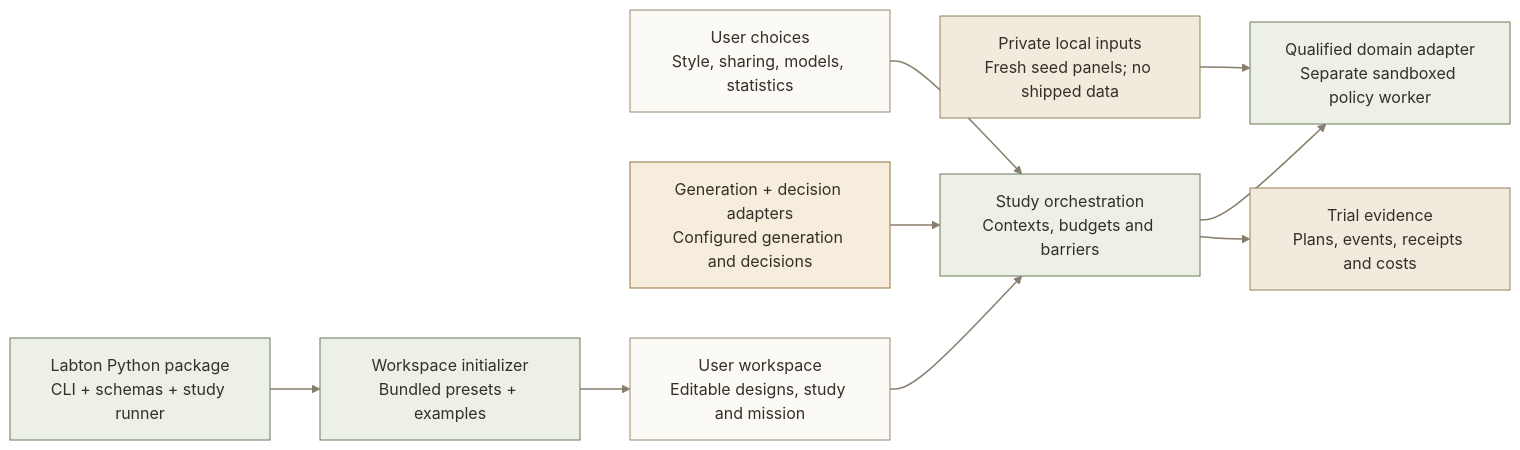
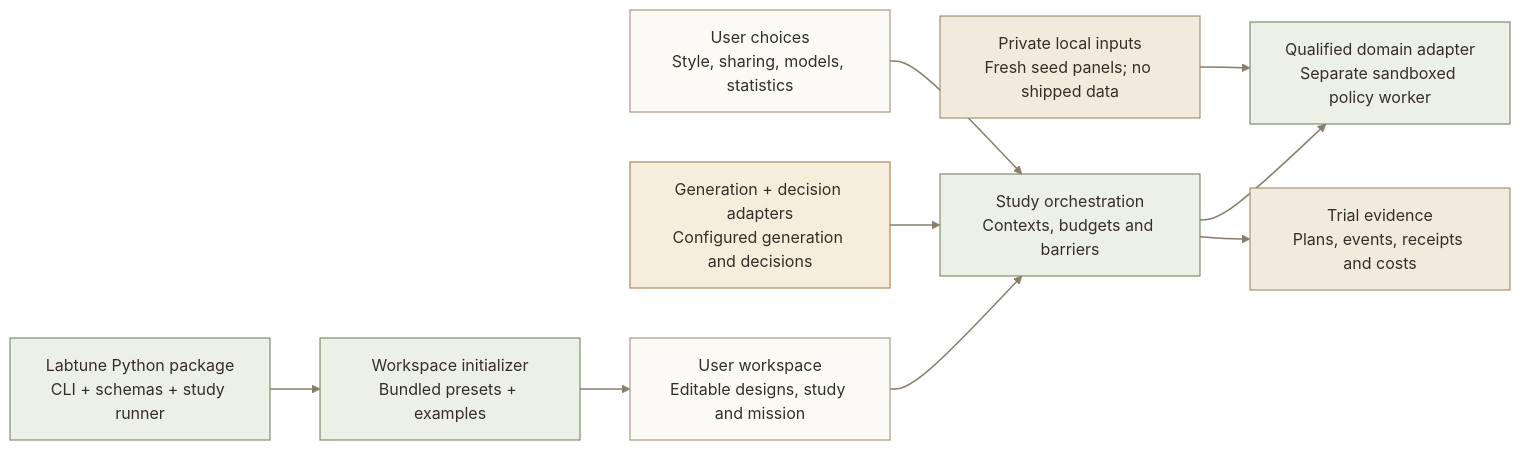
One commit to JeranRolevs/labton changed the diagram in diagrams/05-standalone-components.mmd. Above: the diagram before and after it, drawn with Mermaid (forest theme). The commit also changed 238 other files, not shown here.

First line of the commit message:
Rename product and package to Labtune

```diff
--- a/diagrams/05-standalone-components.mmd
+++ b/diagrams/05-standalone-components.mmd
@@ -1,30 +1,30 @@
 %% Generated from specs.py; 2026-10-31. Current runtime; gray nodes are planned.
 flowchart LR
-    package["Labton Python package<br/>CLI + schemas + study runner"]
+    package["Labtune Python package<br/>CLI + schemas + study runner"]
     init["Workspace initializer<br/>Bundled presets + examples"]
     workspace["User workspace<br/>Editable designs, study and mission"]
     provider["Generation + decision adapters<br/>Configured generation and decisions"]
     orchestrate["Study orchestration<br/>Contexts, budgets and barriers"]
     domain["Qualified domain adapter<br/>Separate sandboxed policy worker"]
     config["User choices<br/>Style, sharing, models, statistics"]
     evidence["Trial evidence<br/>Plans, events, receipts and costs"]
     private["Private local inputs<br/>Fresh seed panels; no shipped data"]
     package --> init
     init --> workspace
     workspace --> orchestrate
     provider --> orchestrate
     orchestrate --> domain
     orchestrate --> evidence
     private --> domain
     config --> orchestrate
     classDef artifact fill:#FCFAF4,stroke:#99876F,color:#342F28;
     class workspace,config artifact;
     classDef llm fill:#E9EEEE,stroke:#5B7580,color:#342F28;
     classDef code fill:#EDF0E6,stroke:#697957,color:#342F28;
     class package,init,orchestrate,domain code;
     classDef evidence fill:#F1EADD,stroke:#93805D,color:#342F28;
     class evidence,private evidence;
     classDef optional fill:#F6EDDC,stroke:#9A7440,color:#342F28;
     class provider optional;
     classDef future fill:#EEEDE8,stroke:#999389,color:#342F28;
     linkStyle default stroke:#887E6B,stroke-width:1.5px;
```
